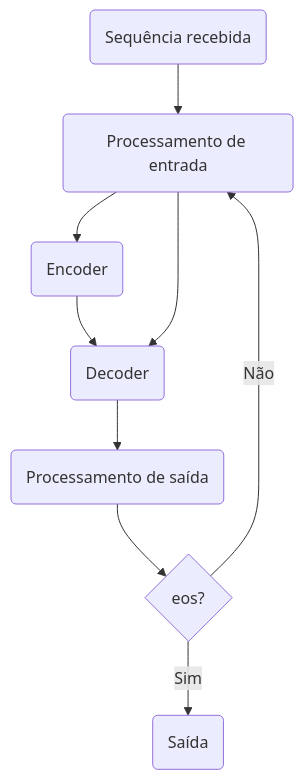
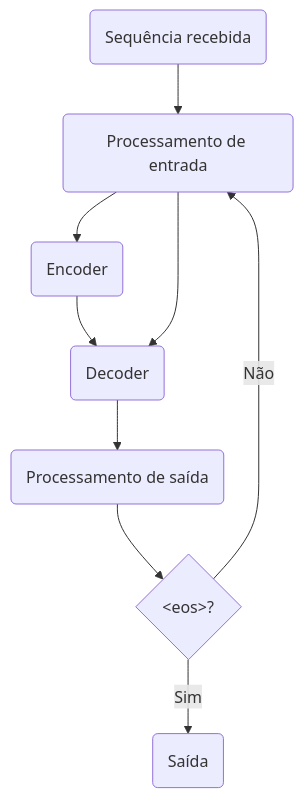
Before and after one commit to eshiraishi/eshiraishi.github.io: the first of 7 diagrams in src/content/posts/transformers.md, drawn with Mermaid. The commit also changed other lines of this file and 7 other files, not shown here.

````diff
--- a/src/content/posts/transformers.md
+++ b/src/content/posts/transformers.md
@@ -1227,14 +1231,14 @@
 ```mermaid
 flowchart
     direction TB
     input(Sequência recebida)
     inputProcessing(Processamento de entrada)
     encoder("Encoder") 
     decoder("Decoder")
     outputProcessing(Processamento de saída)
-    conditional{"`eos?`"}
+    conditional{"`&lt;eos&gt;?`"}
     input --> inputProcessing --> encoder --> decoder --> outputProcessing
     inputProcessing --> decoder
     outputProcessing --> conditional -- Não --> inputProcessing
     conditional -- Sim --> output(Saída)
 ```
````
